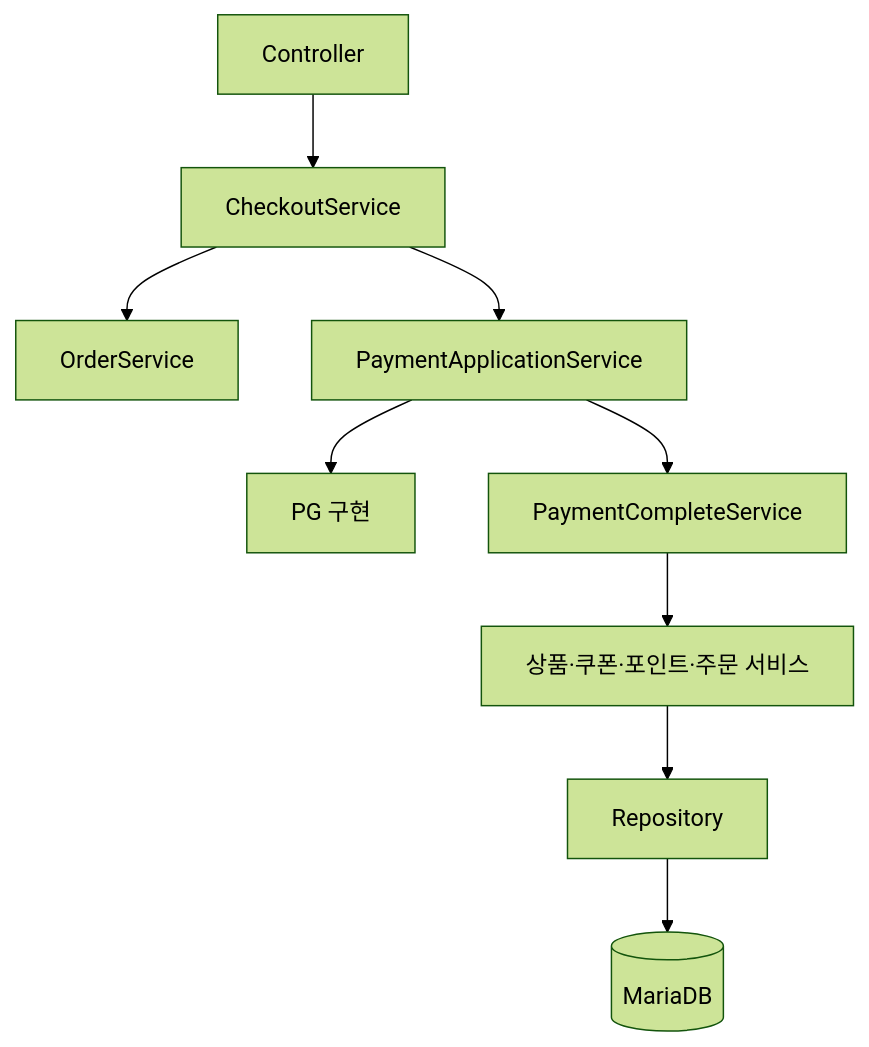
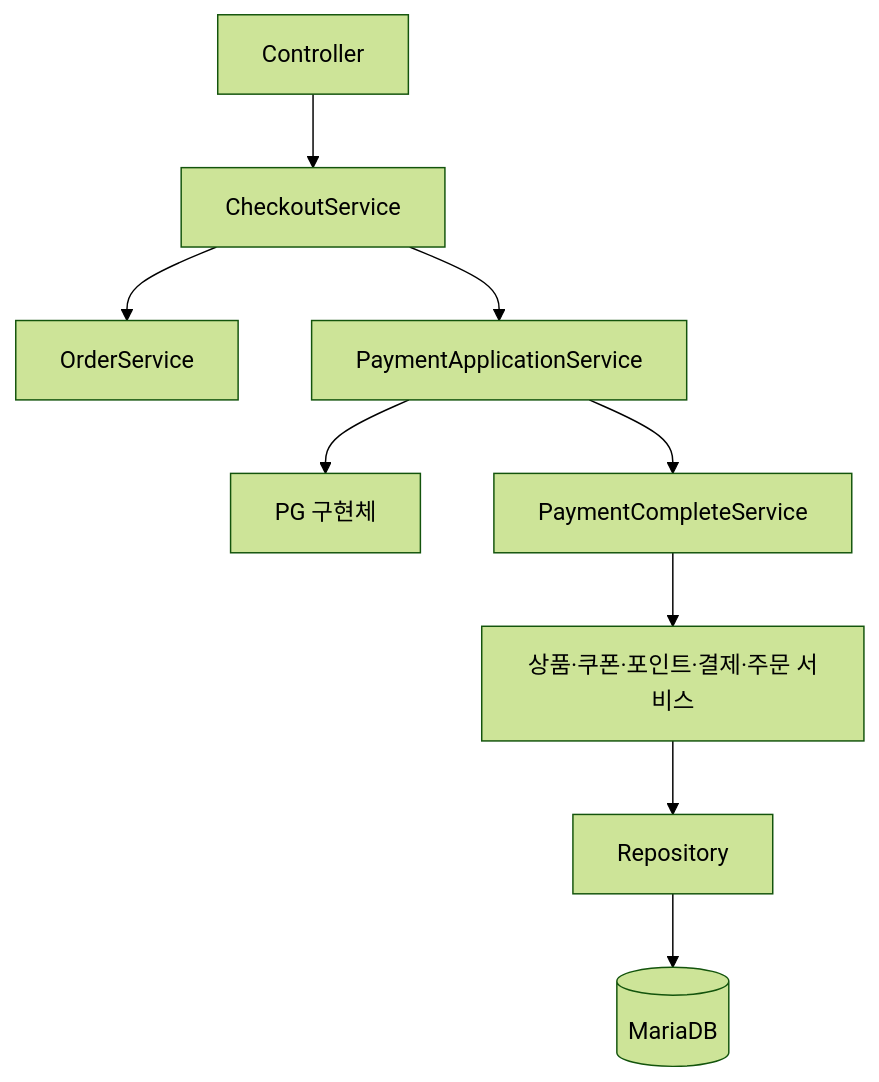
Before and after one commit to leedoohee/fnb-front-backend-api: the first of 3 diagrams in README.md, drawn with Mermaid (forest theme). The commit also changed other lines of this file, not shown here.

````diff
--- a/README.md
+++ b/README.md
@@ -38,11 +39,11 @@
 ```mermaid
 flowchart TD
     C["Controller"] --> CO["CheckoutService"]
     CO --> O["OrderService"]
     CO --> PA["PaymentApplicationService"]
-    PA --> PG["PG 구현"]
+    PA --> PG["PG 구현체"]
     PA --> PC["PaymentCompleteService"]
-    PC --> DS["상품·쿠폰·포인트·주문 서비스"]
+    PC --> DS["상품·쿠폰·포인트·결제·주문 서비스"]
     DS --> R["Repository"]
     R --> DB[("MariaDB")]
 ```
````
